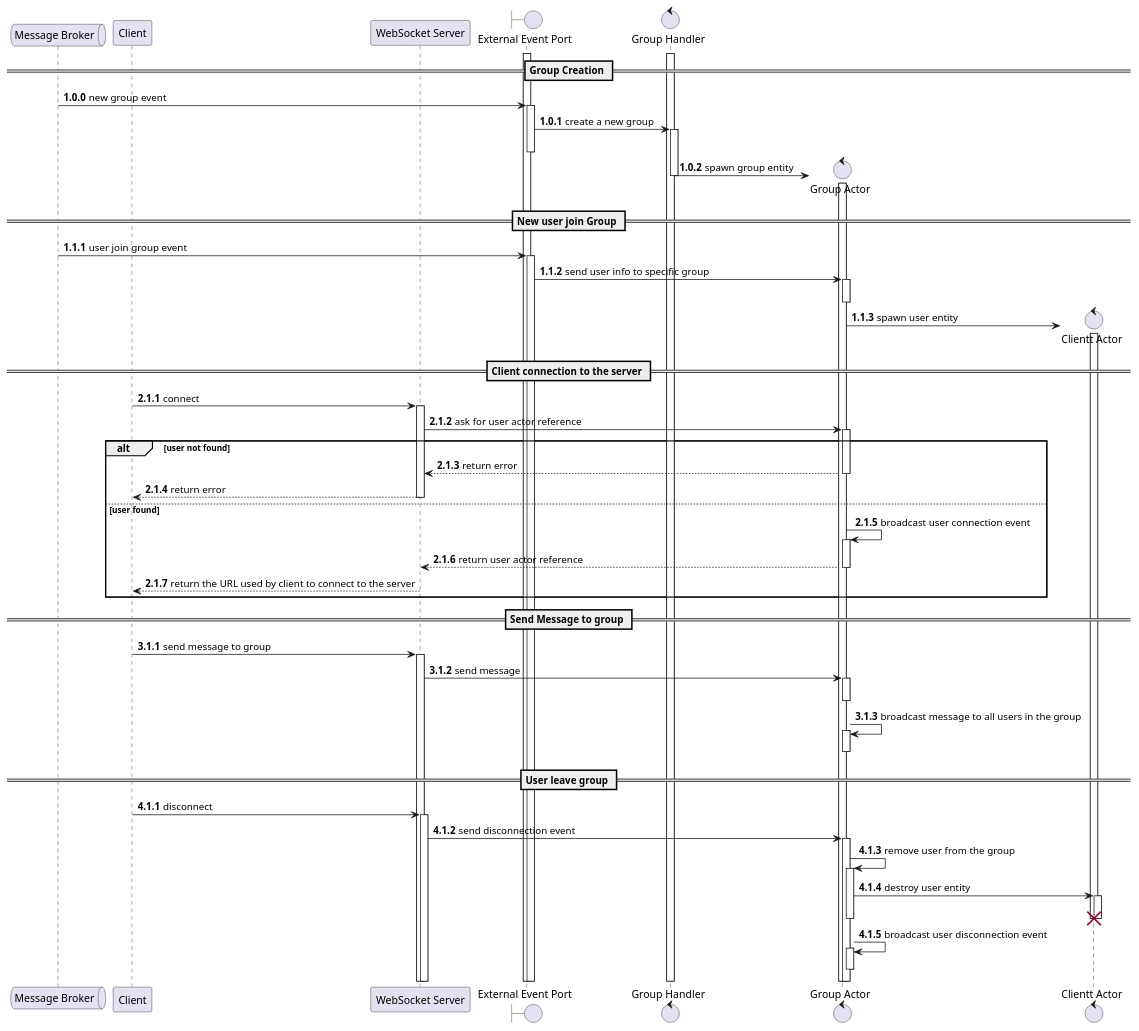
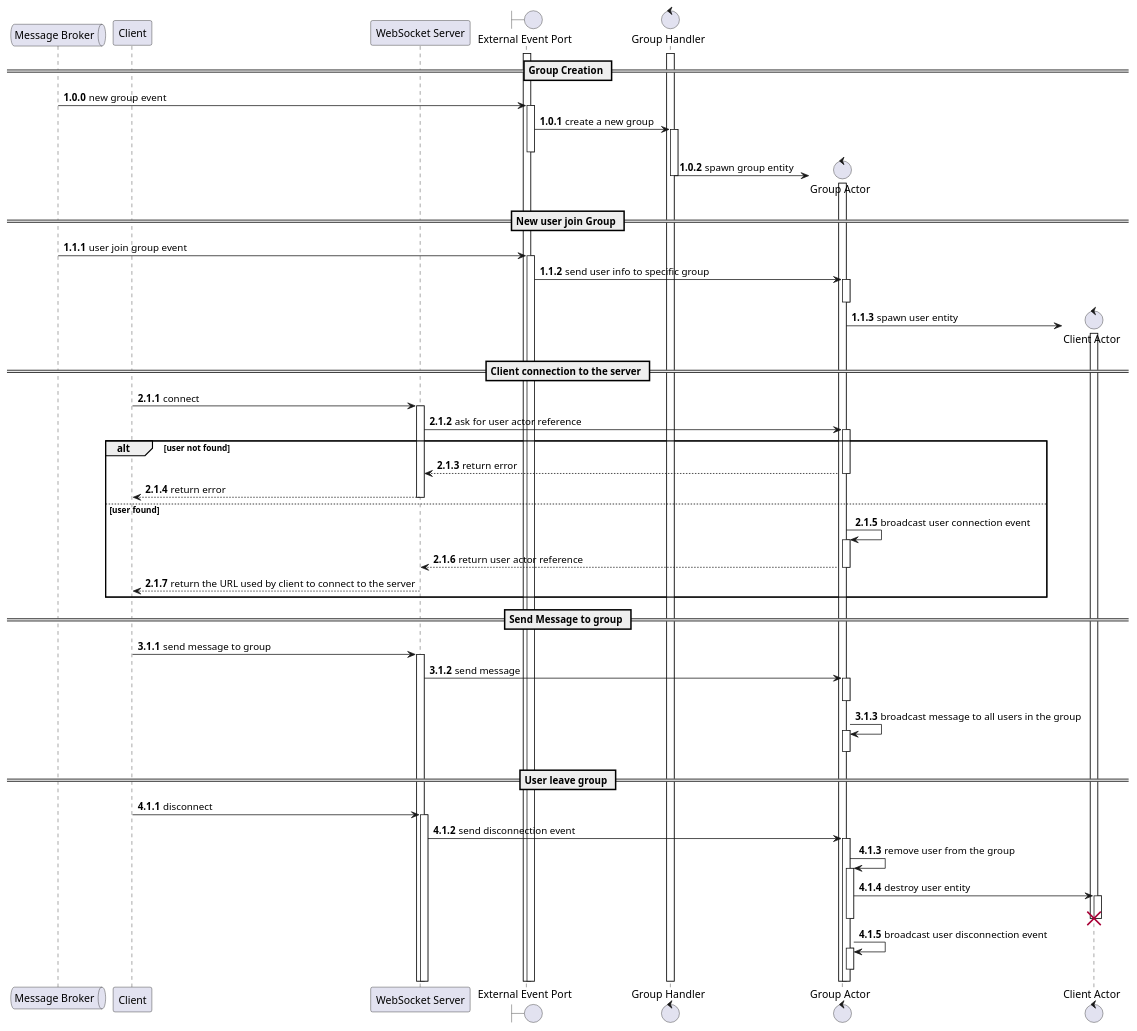
Before and after one commit to position-pal/Documentation: the diagram in content/schemas/chat-sequence.puml, drawn with PlantUML.

Commit message:
docs: edit name on chat-sequence.puml

```diff
--- a/content/schemas/chat-sequence.puml
+++ b/content/schemas/chat-sequence.puml
@@ -1,66 +1,64 @@
 @startuml Chat Sequence UML Diagram
 autonumber 1.0.0
 autoactivate on
 
 queue "Message Broker" as MB
 participant "Client" as C
 participant "WebSocket Server" as WS
 boundary "External Event Port" as EP
 control "Group Handler" as GH
 control "Group Actor" as GA
-control "Clientt Actor" as CA
+control "Client Actor" as CA
 
 activate GH
 activate EP
 
 == Group Creation ==
 MB -> EP: new group event
 EP -> GH: create a new group
 deactivate EP
 GH -> GA **: spawn group entity
 activate GA
 deactivate GH
 
 == New user join Group ==
 autonumber inc B
 MB -> EP: user join group event
 EP -> GA: send user info to specific group
 deactivate GA
 GA -> CA **: spawn user entity
 activate CA
 
 == Client connection to the server ==
 autonumber inc A
 C -> WS: connect
 WS -> GA: ask for user actor reference
 alt user not found
     GA --> WS: return error
     WS --> C: return error
 else user found
     GA -> GA: broadcast user connection event
     GA --> WS: return user actor reference
     WS --> C: return the URL used by client to connect to the server
 end
 
 == Send Message to group ==
 autonumber inc A
 C -> WS: send message to group
 WS -> GA: send message
 deactivate GA
 GA -> GA: broadcast message to all users in the group
 deactivate GA
 
 == User leave group ==
 autonumber inc A
 C -> WS: disconnect
 WS -> GA: send disconnection event
 GA -> GA: remove user from the group
 GA -> CA: destroy user entity
 deactivate CA
 destroy CA
 deactivate GA
 GA -> GA: broadcast user disconnection event
 deactivate GA
-
-
 @enduml
```
